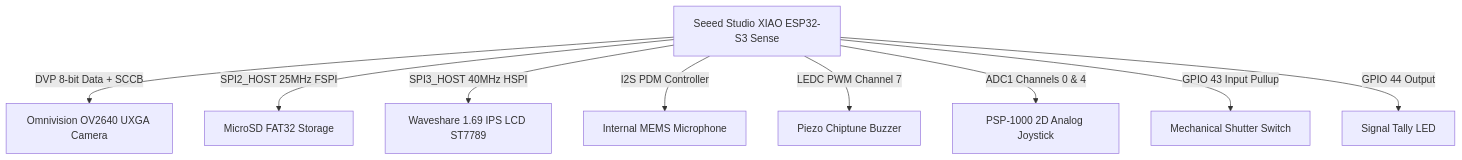
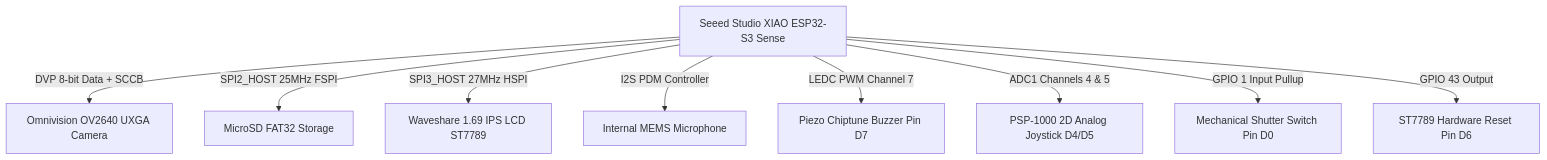
Before and after one commit to JutomDev/MiCam: the diagram in README.md, drawn with Mermaid. The commit also changed other lines of this file and 18 other files, not shown here.

````diff
--- a/README.md
+++ b/README.md
@@ -23,11 +23,11 @@
 ```mermaid
 graph TD
     ESP[Seeed Studio XIAO ESP32-S3 Sense] -->|DVP 8-bit Data + SCCB| CAM[Omnivision OV2640 UXGA Camera]
     ESP -->|SPI2_HOST 25MHz FSPI| SD[MicroSD FAT32 Storage]
-    ESP -->|SPI3_HOST 40MHz HSPI| LCD[Waveshare 1.69 IPS LCD ST7789]
+    ESP -->|SPI3_HOST 27MHz HSPI| LCD[Waveshare 1.69 IPS LCD ST7789]
     ESP -->|I2S PDM Controller| MIC[Internal MEMS Microphone]
-    ESP -->|LEDC PWM Channel 7| BUZ[Piezo Chiptune Buzzer]
-    ESP -->|ADC1 Channels 0 & 4| JOY[PSP-1000 2D Analog Joystick]
-    ESP -->|GPIO 43 Input Pullup| SHT[Mechanical Shutter Switch]
-    ESP -->|GPIO 44 Output| LED[Signal Tally LED]
+    ESP -->|LEDC PWM Channel 7| BUZ[Piezo Chiptune Buzzer Pin D7]
+    ESP -->|ADC1 Channels 4 & 5| JOY[PSP-1000 2D Analog Joystick D4/D5]
+    ESP -->|GPIO 1 Input Pullup| SHT[Mechanical Shutter Switch Pin D0]
+    ESP -->|GPIO 43 Output| RST[ST7789 Hardware Reset Pin D6]
 ```
````
